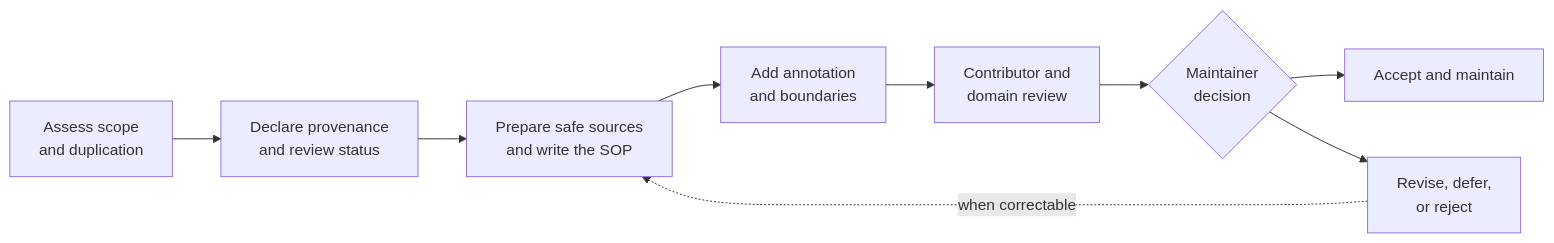
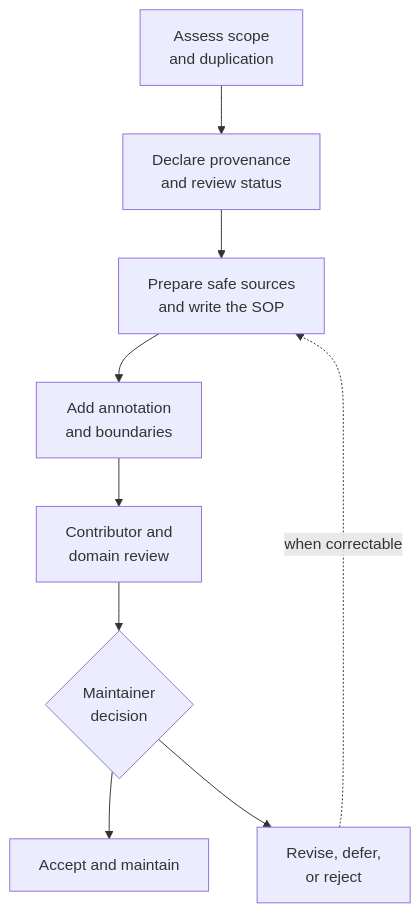
One commit to BradGroux/ai-native-operating-framework changed the diagram in examples/CONTRIBUTING.md. Above: the diagram before and after it, drawn with Mermaid. The commit also changed 23 other files, not shown here.

````diff
--- a/examples/CONTRIBUTING.md
+++ b/examples/CONTRIBUTING.md
@@ -35,16 +35,16 @@
 ```mermaid
-flowchart LR
+flowchart TB
     S["Assess scope<br/>and duplication"]
     P["Declare provenance<br/>and review status"]
     D["Prepare safe sources<br/>and write the SOP"]
     A["Add annotation<br/>and boundaries"]
     R["Contributor and<br/>domain review"]
     M{"Maintainer<br/>decision"}
     C["Accept and maintain"]
     W["Revise, defer,<br/>or reject"]
 
     S --> P --> D --> A --> R --> M
     M --> C
     M --> W
     W -. "when correctable" .-> D
 ```
````
